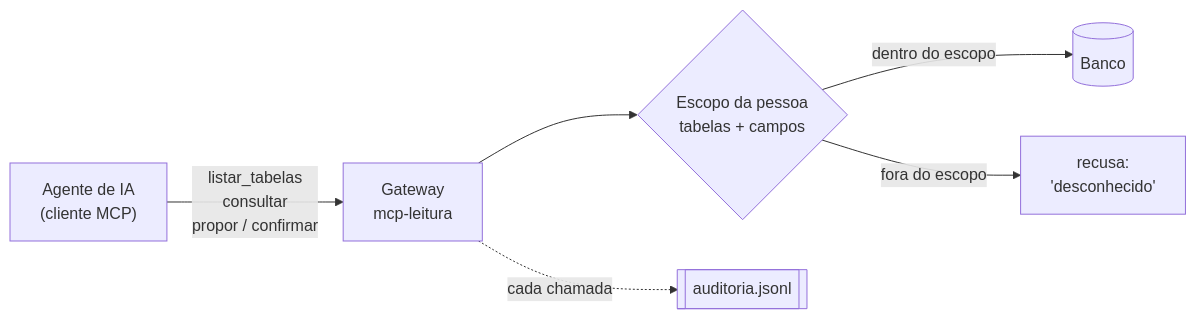
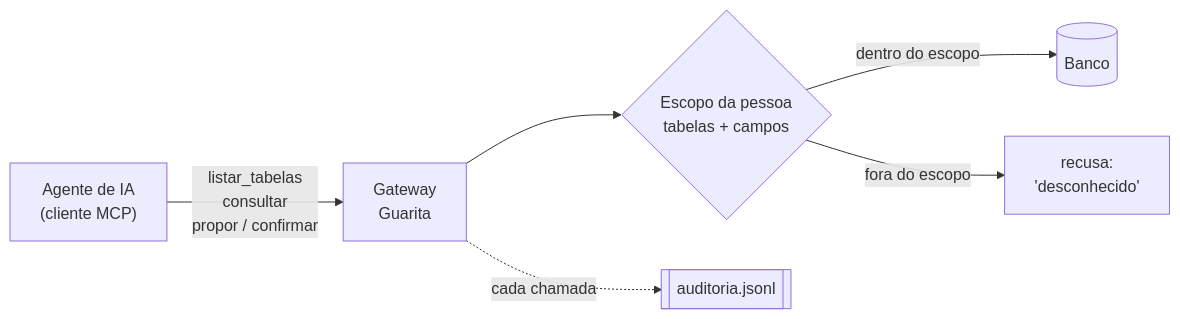
Before and after one commit to Dimasaas/gatehouse: the first of 2 diagrams in README.md, drawn with Mermaid. The commit also changed other lines of this file and 9 other files, not shown here.

````diff
--- a/README.md
+++ b/README.md
@@ -33,8 +35,8 @@
 ```mermaid
 flowchart LR
-    A["Agente de IA<br/>(cliente MCP)"] -->|"listar_tabelas<br/>consultar<br/>propor / confirmar"| G["Gateway<br/>mcp-leitura"]
+    A["Agente de IA<br/>(cliente MCP)"] -->|"listar_tabelas<br/>consultar<br/>propor / confirmar"| G["Gateway<br/>Guarita"]
     G --> E{"Escopo da pessoa<br/>tabelas + campos"}
     E -->|"dentro do escopo"| B[("Banco")]
     E -->|"fora do escopo"| N["recusa:<br/>'desconhecido'"]
     G -.->|"cada chamada"| L[["auditoria.jsonl"]]
 ```
````
